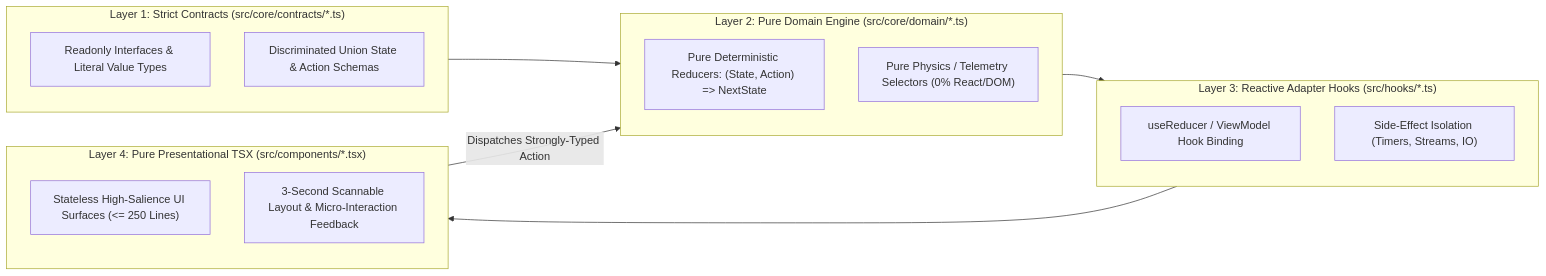
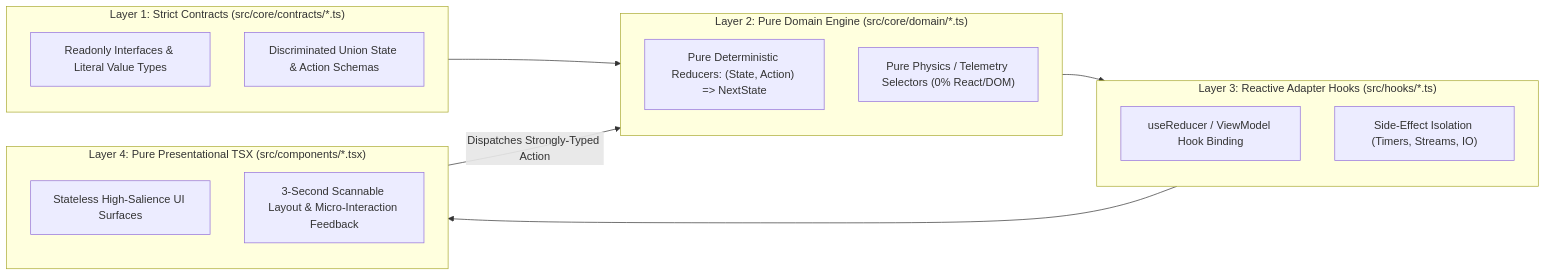
The diagram in .agents/rules/IMPERIAL_ENGINEERING_TSX_STANDARD.md (jinseobhong/eterna-luminas), drawn with Mermaid before and after one commit. The commit also changed other lines of this file and 13 other files, not shown here.

````diff
--- a/.agents/rules/IMPERIAL_ENGINEERING_TSX_STANDARD.md
+++ b/.agents/rules/IMPERIAL_ENGINEERING_TSX_STANDARD.md
@@ -34,25 +34,25 @@
 ```mermaid
 flowchart LR
     subgraph L1["Layer 1: Strict Contracts (src/core/contracts/*.ts)"]
         C1["Readonly Interfaces & Literal Value Types"]
         C2["Discriminated Union State & Action Schemas"]
     end
 
     subgraph L2["Layer 2: Pure Domain Engine (src/core/domain/*.ts)"]
         D1["Pure Deterministic Reducers: (State, Action) => NextState"]
         D2["Pure Physics / Telemetry Selectors (0% React/DOM)"]
     end
 
     subgraph L3["Layer 3: Reactive Adapter Hooks (src/hooks/*.ts)"]
         H1["useReducer / ViewModel Hook Binding"]
         H2["Side-Effect Isolation (Timers, Streams, IO)"]
     end
 
     subgraph L4["Layer 4: Pure Presentational TSX (src/components/*.tsx)"]
-        U1["Stateless High-Salience UI Surfaces (<= 250 Lines)"]
+        U1["Stateless High-Salience UI Surfaces"]
         U2["3-Second Scannable Layout & Micro-Interaction Feedback"]
     end
 
     L1 --> L2 --> L3 --> L4
     L4 -- "Dispatches Strongly-Typed Action" --> L2
 ```
````
